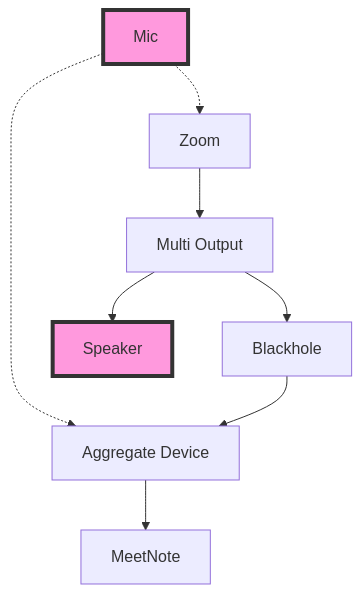
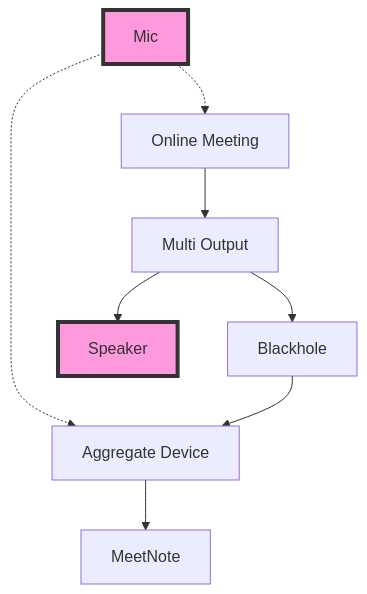
The diagram in README.md (tokuhirom/MeetNote), drawn with Mermaid before and after one commit. The commit also changed other lines of this file, not shown here.

````diff
--- a/README.md
+++ b/README.md
@@ -36,21 +36,21 @@
 ```mermaid
 graph TB
     A[Mic]
-    B[Zoom]
+    B[Online Meeting]
     C[Aggregate Device]
     D[Multi Output]
     E[Blackhole]
     F[MeetNote]
     G[Speaker]
-    
+
     A -.-> B
     A -.-> C
     B --> D
     D --> E
     E --> C
     C --> F
     D --> G
-    
+
     class A,G device;
     classDef device fill:#f9d,stroke:#333,stroke-width:4px;
 ```
````
